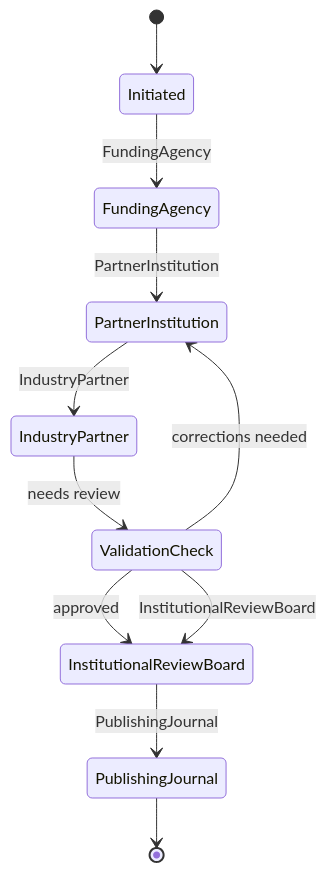
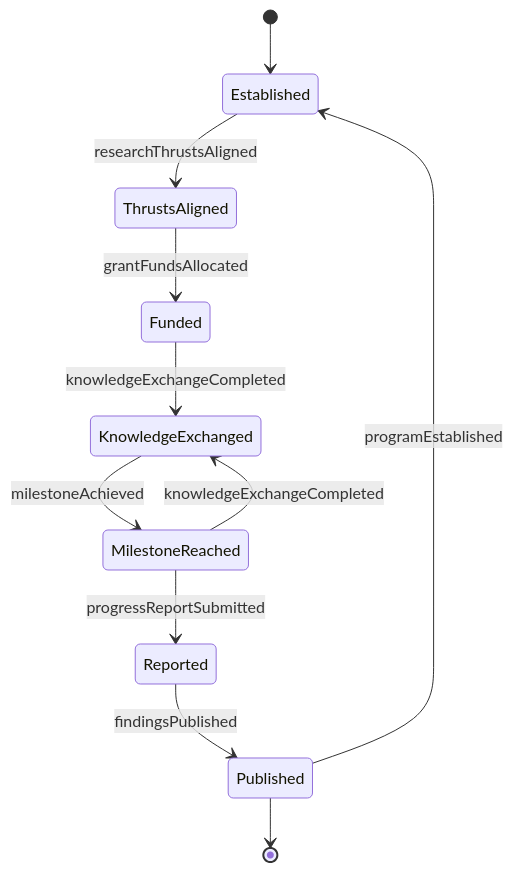
The second of 4 diagrams in GuidingDirectingAndMotivatingSubordinates/DirectScientificOrTechnicalActivities/CoordinateCross-disciplinaryResearchPrograms.mdx (dot-org-ai/tasks.org.ai), drawn with Mermaid before and after one commit. The commit also changed other lines of this file and 515 other files, not shown here.

````diff
--- a/GuidingDirectingAndMotivatingSubordinates/DirectScientificOrTechnicalActivities/CoordinateCross-disciplinaryResearchPrograms.mdx
+++ b/GuidingDirectingAndMotivatingSubordinates/DirectScientificOrTechnicalActivities/CoordinateCross-disciplinaryResearchPrograms.mdx
@@ -97,13 +100,13 @@
 ```mermaid
 stateDiagram-v2
-    [*] --> Initiated
-    Initiated --> FundingAgency: FundingAgency
-    FundingAgency --> PartnerInstitution: PartnerInstitution
-    PartnerInstitution --> IndustryPartner: IndustryPartner
-    IndustryPartner --> ValidationCheck: needs review
-    ValidationCheck --> PartnerInstitution: corrections needed
-    ValidationCheck --> InstitutionalReviewBoard: approved
-    ValidationCheck --> InstitutionalReviewBoard: InstitutionalReviewBoard
-    InstitutionalReviewBoard --> PublishingJournal: PublishingJournal
-    PublishingJournal --> [*]
+    [*] --> Established
+    Established --> ThrustsAligned : researchThrustsAligned
+    ThrustsAligned --> Funded : grantFundsAllocated
+    Funded --> KnowledgeExchanged : knowledgeExchangeCompleted
+    KnowledgeExchanged --> MilestoneReached : milestoneAchieved
+    MilestoneReached --> Reported : progressReportSubmitted
+    MilestoneReached --> KnowledgeExchanged : knowledgeExchangeCompleted
+    Reported --> Published : findingsPublished
+    Published --> Established : programEstablished
+    Published --> [*]
 ```
````
